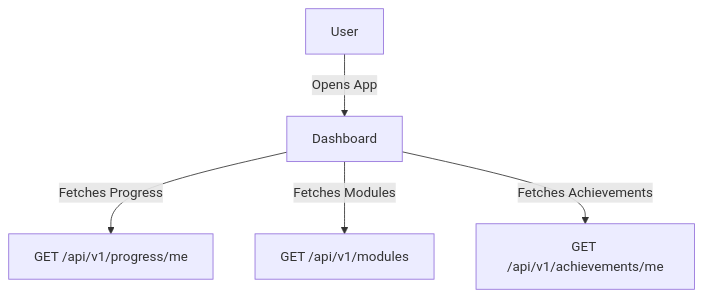
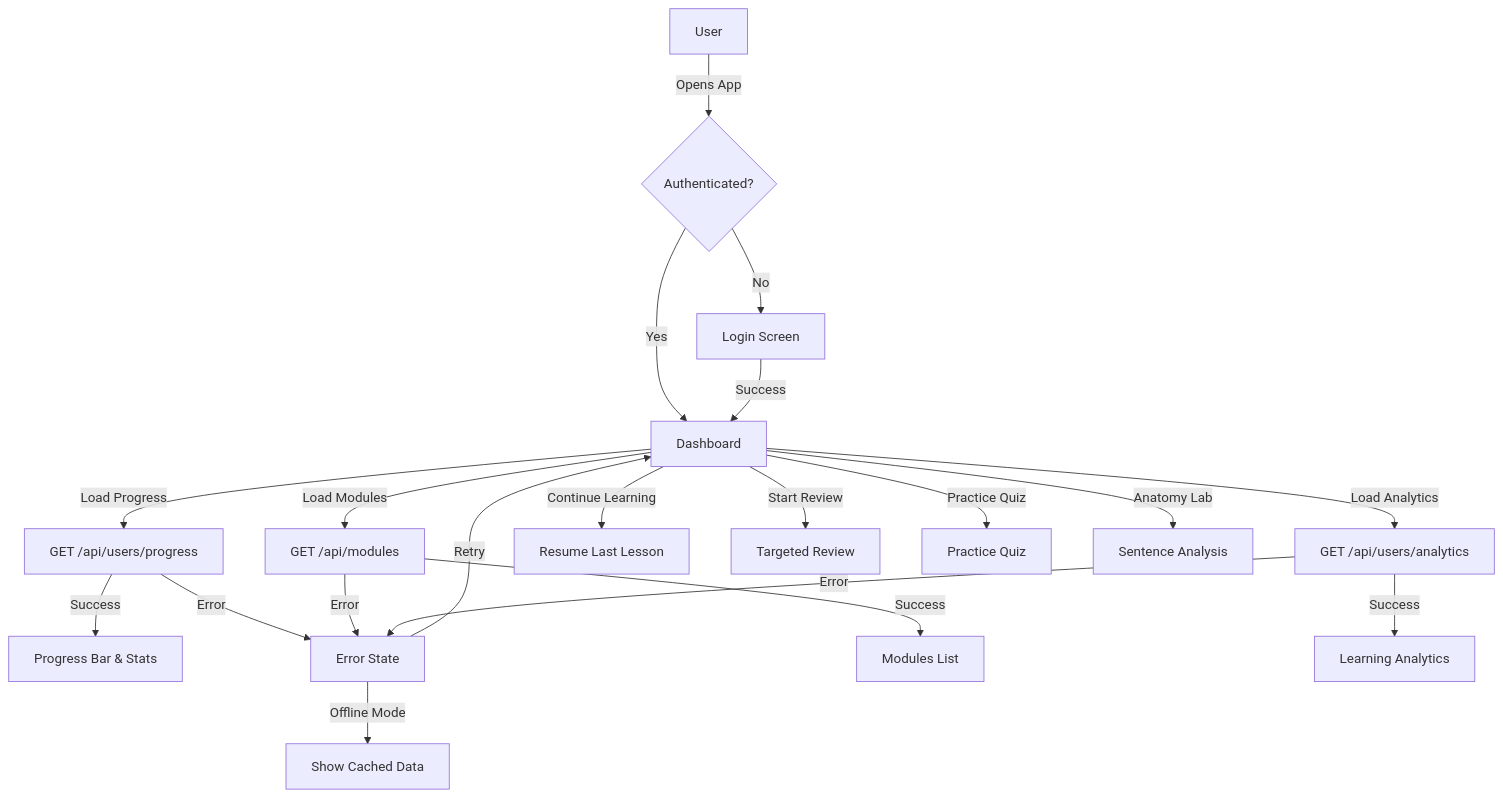
Before and after one commit to husams/grammar-anatomy-interactive: the diagram in docs/features/dashboard.md, drawn with Mermaid. The commit also changed other lines of this file, not shown here.

First line of the commit message:
Enhance dashboard specification with comprehensive technical details

````diff
--- a/docs/features/dashboard.md
+++ b/docs/features/dashboard.md
@@ -16,7 +42,28 @@
 ```mermaid
 flowchart TD
-    User["User"] -->|"Opens App"| Dashboard["Dashboard"]
-    Dashboard -->|"Fetches Progress"| ProgressAPI["GET /api/v1/progress/me"]
-    Dashboard -->|"Fetches Modules"| ModulesAPI["GET /api/v1/modules"]
-    Dashboard -->|"Fetches Achievements"| AchievementsAPI["GET /api/v1/achievements/me"]
+    User["User"] -->|"Opens App"| Auth{"Authenticated?"}
+    Auth -->|"No"| Login["Login Screen"]
+    Auth -->|"Yes"| Dashboard["Dashboard"]
+    Login -->|"Success"| Dashboard
+    
+    Dashboard -->|"Load Progress"| ProgressAPI["GET /api/users/progress"]
+    Dashboard -->|"Load Modules"| ModulesAPI["GET /api/modules"]
+    Dashboard -->|"Load Analytics"| AnalyticsAPI["GET /api/users/analytics"]
+    
+    ProgressAPI -->|"Success"| ProgressDisplay["Progress Bar & Stats"]
+    ProgressAPI -->|"Error"| ErrorHandler["Error State"]
+    
+    ModulesAPI -->|"Success"| ModulesList["Modules List"]
+    ModulesAPI -->|"Error"| ErrorHandler
+    
+    AnalyticsAPI -->|"Success"| AnalyticsDisplay["Learning Analytics"]
+    AnalyticsAPI -->|"Error"| ErrorHandler
+    
+    Dashboard -->|"Continue Learning"| LastLesson["Resume Last Lesson"]
+    Dashboard -->|"Start Review"| ReviewSession["Targeted Review"]
+    Dashboard -->|"Practice Quiz"| QuizMode["Practice Quiz"]
+    Dashboard -->|"Anatomy Lab"| AnatomyLab["Sentence Analysis"]
+    
+    ErrorHandler -->|"Retry"| Dashboard
+    ErrorHandler -->|"Offline Mode"| CachedData["Show Cached Data"]
 ```
````
